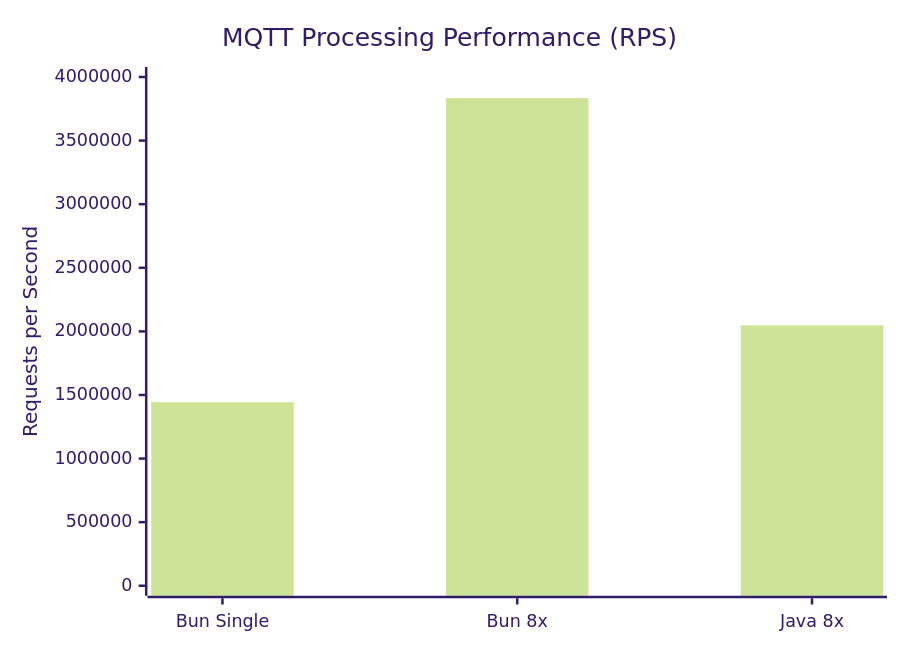
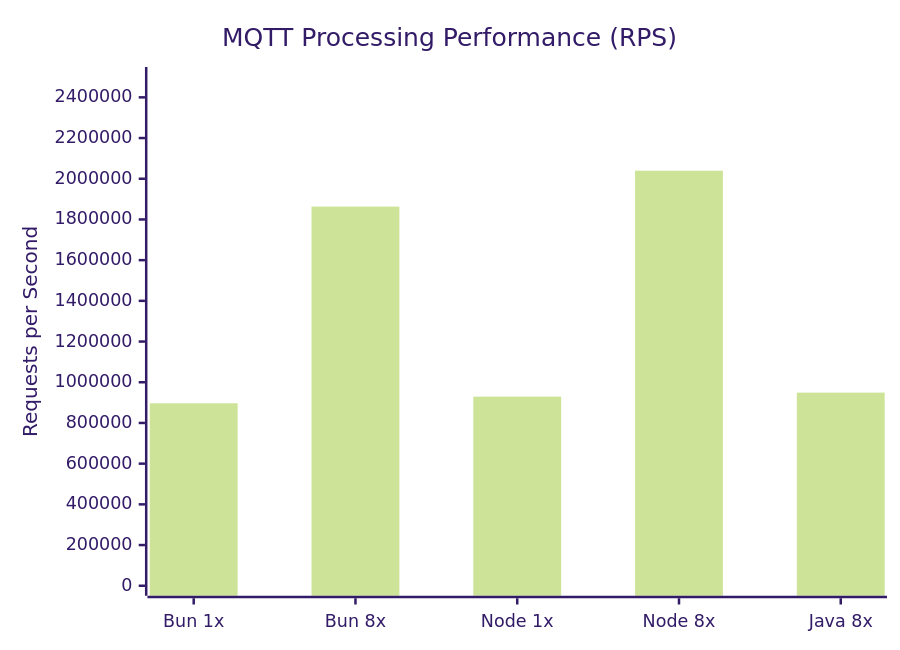
Before and after one commit to Frtrillo/benchmark-nodejs-java-process-mqtt-payloads: the second of 5 diagrams in readme.md, drawn with Mermaid (forest theme). The commit also changed other lines of this file and 1 other file, not shown here.

Commit message:
mejora benchmark añadido node tmb

````diff
--- a/readme.md
+++ b/readme.md
@@ -164,7 +170,7 @@
 ```mermaid
 xychart-beta
     title "MQTT Processing Performance (RPS)"
-    x-axis ["Bun Single", "Bun 8x", "Java 8x"]
-    y-axis "Requests per Second" 0 --> 4000000
-    bar [1443419, 3833889, 2047146]
+    x-axis ["Bun 1x", "Bun 8x", "Node 1x", "Node 8x", "Java 8x"]
+    y-axis "Requests per Second" 0 --> 2500000
+    bar [896640, 1863177, 929304, 2039463, 949111]
 ```
````
